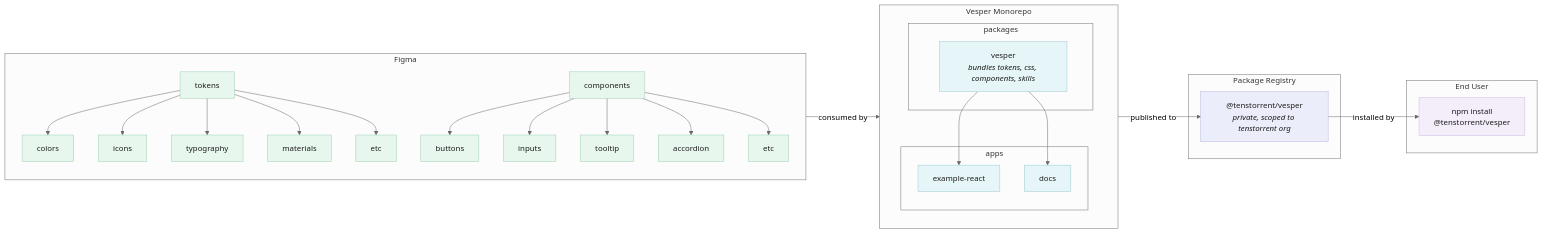
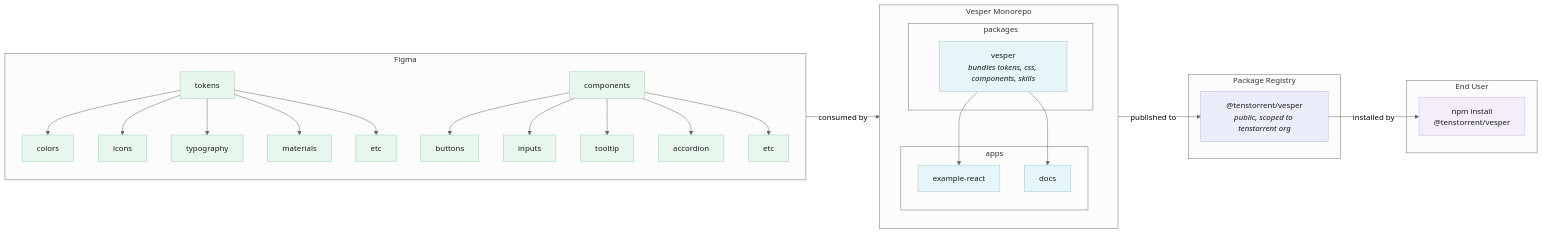
Before and after one commit to tenstorrent-digital/vesper: the diagram in README.md, drawn with Mermaid. The commit also changed other lines of this file, not shown here.

````diff
--- a/README.md
+++ b/README.md
@@ -9,58 +9,58 @@
 ```mermaid
 %%{init: {'theme':'neutral'}}%%
 flowchart LR
     subgraph Figma["Figma"]
         direction TB
         FT[tokens]
         FT --> FColors[colors]
         FT --> FIcons[icons]
         FT --> FTypo[typography]
         FT --> FMat[materials]
         FT --> FEtc[etc]
 
         FC[components]
         FC --> FButtons[buttons]
         FC --> FInputs[inputs]
         FC --> FTooltip[tooltip]
         FC --> FAccordion[accordion]
         FC --> FEtc2[etc]
     end
 
     subgraph Monorepo["Vesper Monorepo"]
         direction TB
 
         subgraph Apps["apps"]
             Docs[docs]
             ExampleReact[example-react]
         end
 
         subgraph Packages["packages"]
             Vesper["vesper<br/><i>bundles tokens, css, components, skills</i>"]
         end
 
         Vesper --> ExampleReact
         Vesper --> Docs
     end
 
     subgraph Registry["Package Registry"]
-        RegistryPkg["@tenstorrent/vesper<br/><i>private, scoped to tenstorrent org</i>"]
+        RegistryPkg["@tenstorrent/vesper<br/><i>public, scoped to tenstorrent org</i>"]
     end
 
     subgraph Consumer["End User"]
         ConsumerInstall["npm install<br/>@tenstorrent/vesper"]
     end
 
     Figma -->|consumed by| Monorepo
     Vesper -->|published to| RegistryPkg
     RegistryPkg -->|installed by| ConsumerInstall
 
     classDef figma fill:#e7f7ed,stroke:#9ccfb0,color:#1c1c1c
     classDef mono fill:#e6f6f8,stroke:#9cc9d0,color:#1c1c1c
     classDef pub fill:#ecedfa,stroke:#b3b6e0,color:#1c1c1c
     classDef user fill:#f3eefa,stroke:#c9bce0,color:#1c1c1c
 
     class FT,FColors,FIcons,FTypo,FMat,FEtc,FC,FButtons,FInputs,FTooltip,FAccordion,FEtc2 figma
     class Docs,ExampleReact,Vesper mono
     class RegistryPkg pub
     class ConsumerInstall user
 ```
````
